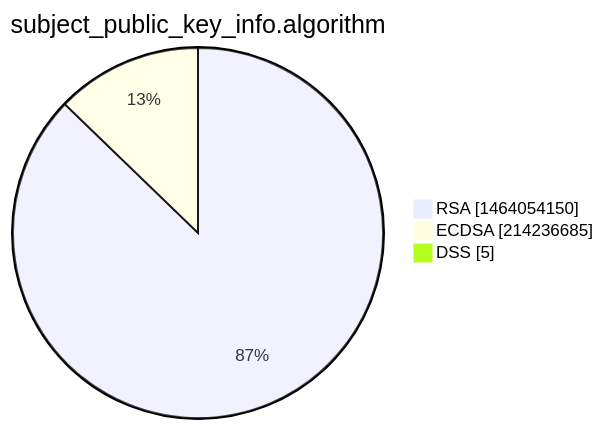
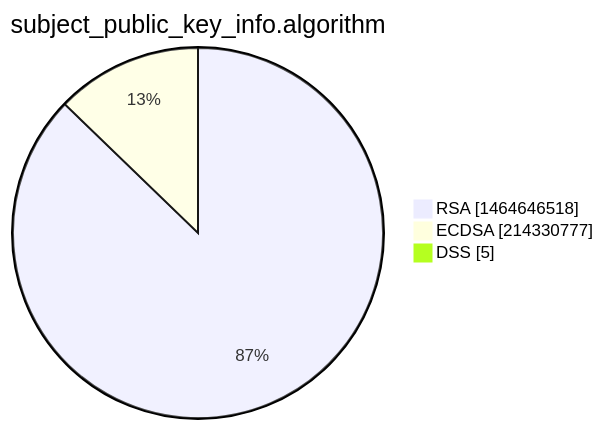
The third of 15 diagrams in xenon2022/README.md (christiankrug/ctmonitor_visualization), drawn with Mermaid before and after one commit. The commit also changed other lines of this file, not shown here.

````diff
--- a/xenon2022/README.md
+++ b/xenon2022/README.md
@@ -14,7 +14,7 @@
 ```mermaid
 pie showData
 title subject_public_key_info.algorithm
-"RSA" :1464054150
-"ECDSA" :214236685
+"RSA" :1464646518
+"ECDSA" :214330777
 "DSS" :5
 ```
````
